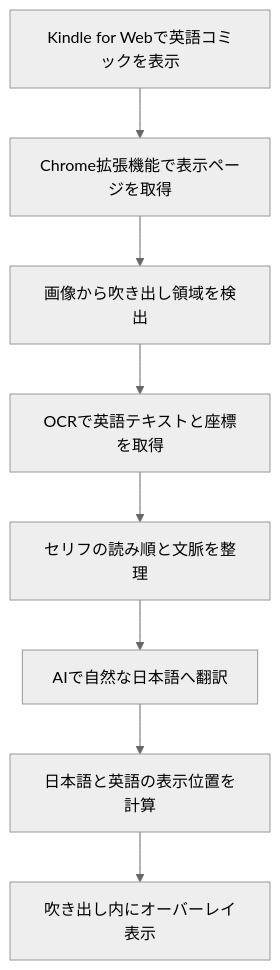
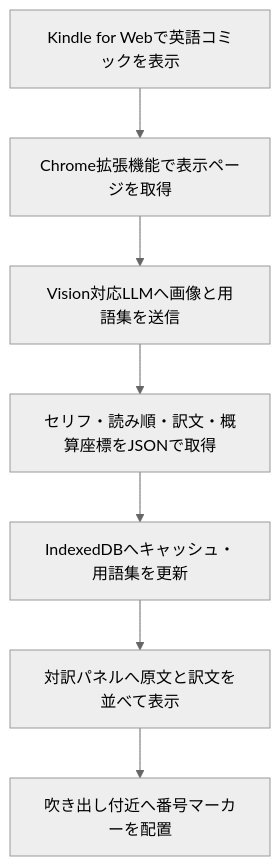
The diagram in docs/DEV_NOTES.md (zukki30/comic-japanese-ruby), drawn with Mermaid (neutral theme) before and after one commit. The commit also changed other lines of this file and 1 other file, not shown here.

````diff
--- a/docs/DEV_NOTES.md
+++ b/docs/DEV_NOTES.md
@@ -94,19 +143,17 @@
 ```mermaid
 flowchart TD
     A["Kindle for Webで英語コミックを表示"]
     B["Chrome拡張機能で表示ページを取得"]
-    C["画像から吹き出し領域を検出"]
-    D["OCRで英語テキストと座標を取得"]
-    E["セリフの読み順と文脈を整理"]
-    F["AIで自然な日本語へ翻訳"]
-    G["日本語と英語の表示位置を計算"]
-    H["吹き出し内にオーバーレイ表示"]
+    C["Vision対応LLMへ画像と用語集を送信"]
+    D["セリフ・読み順・訳文・概算座標をJSONで取得"]
+    E["IndexedDBへキャッシュ・用語集を更新"]
+    F["対訳パネルへ原文と訳文を並べて表示"]
+    G["吹き出し付近へ番号マーカーを配置"]
 
     A --> B
     B --> C
     C --> D
     D --> E
     E --> F
     F --> G
-    G --> H
 ```
````
